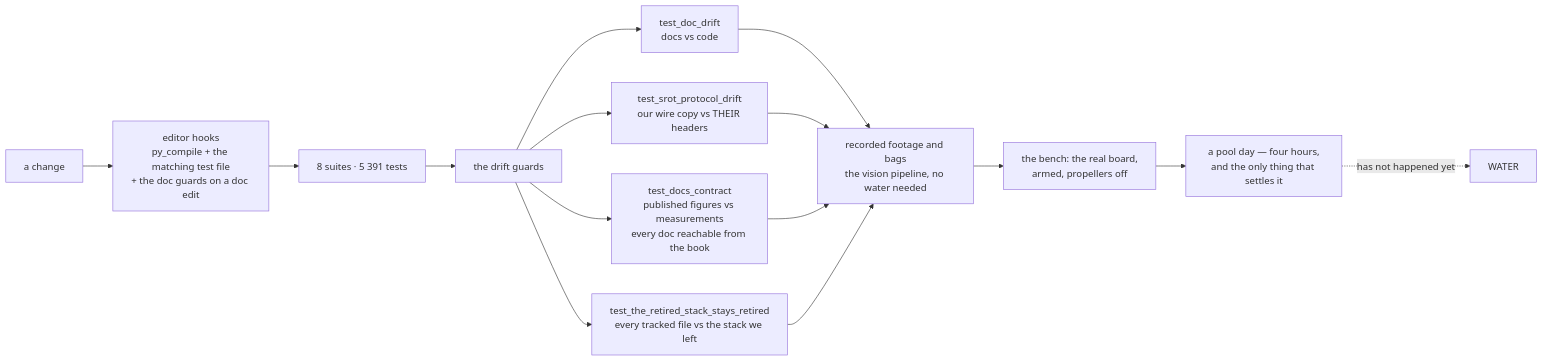
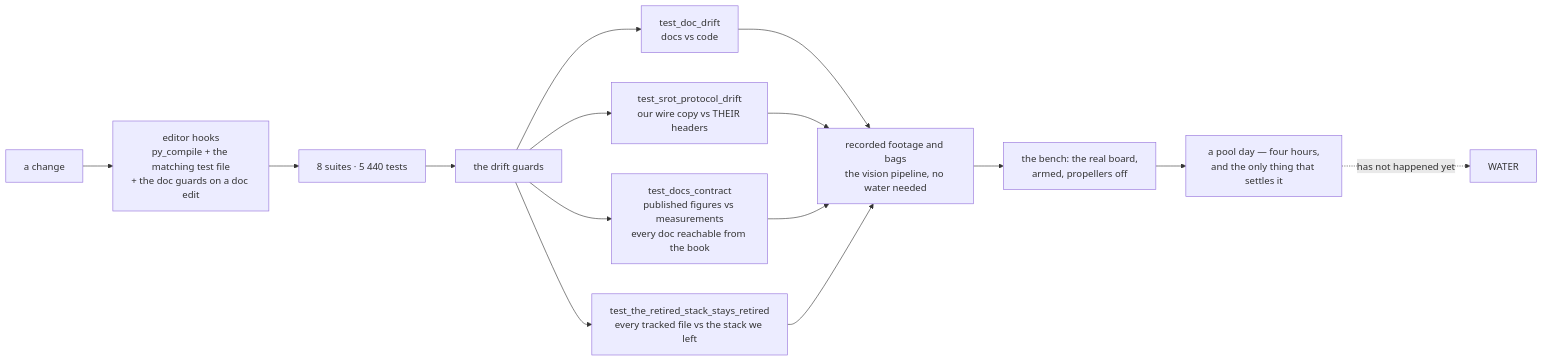
The ninth of 10 diagrams in README.md (fh1m/mongla_ws), drawn with Mermaid before and after one commit. The commit also changed other lines of this file and 62 other files, not shown here.

````diff
--- a/README.md
+++ b/README.md
@@ -909,17 +909,17 @@
 ```mermaid
 flowchart LR
     DEV["a change"] --> HOOK["editor hooks<br/>py_compile + the matching test file<br/>+ the doc guards on a doc edit"]
-    HOOK --> UNIT["8 suites · 5 391 tests"]
+    HOOK --> UNIT["8 suites · 5 440 tests"]
     UNIT --> GUARD["the drift guards"]
     GUARD --> G1["test_doc_drift<br/>docs vs code"]
     GUARD --> G2["test_srot_protocol_drift<br/>our wire copy vs THEIR headers"]
     GUARD --> G3["test_docs_contract<br/>published figures vs measurements<br/>every doc reachable from the book"]
     GUARD --> G4["test_the_retired_stack_stays_retired<br/>every tracked file vs the stack we left"]
     G1 --> REPLAY["recorded footage and bags<br/>the vision pipeline, no water needed"]
     G2 --> REPLAY
     G3 --> REPLAY
     G4 --> REPLAY
     REPLAY --> BENCH["the bench: the real board,<br/>armed, propellers off"]
     BENCH --> POOL["a pool day — four hours,<br/>and the only thing that settles it"]
     POOL -.->|"has not happened yet"| WATER["WATER"]
 ```
````
